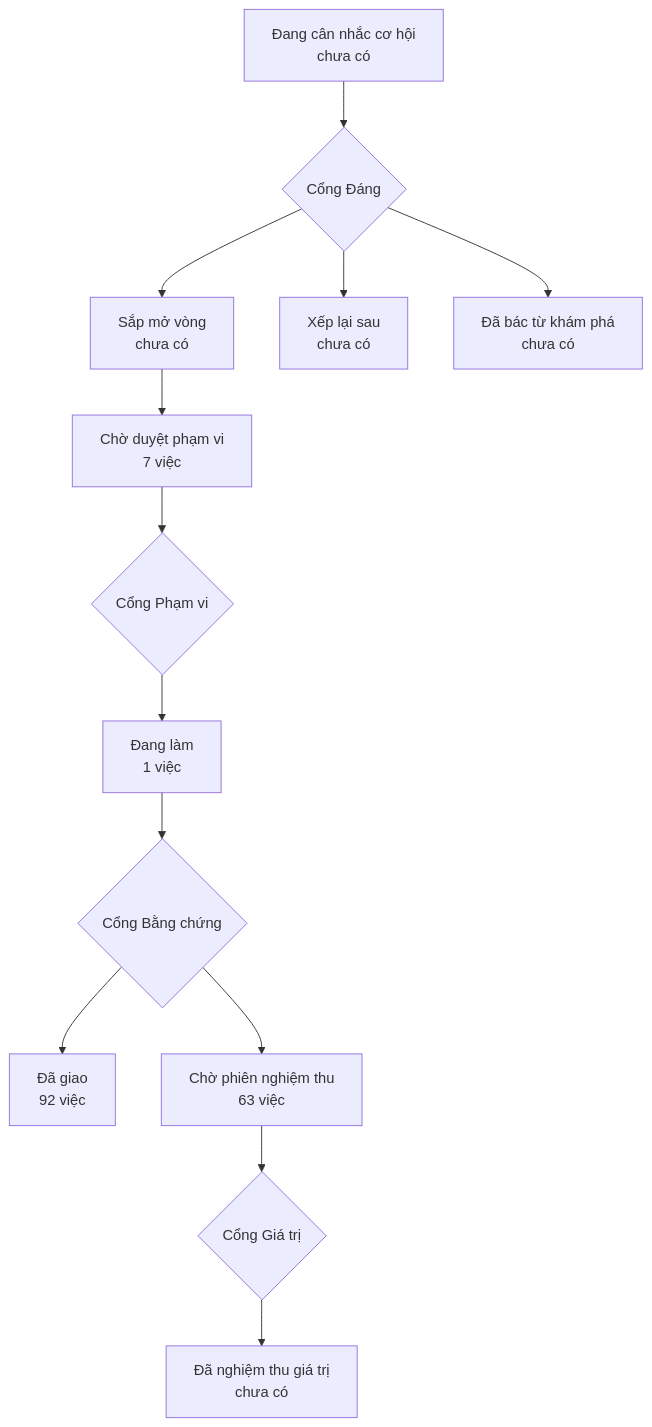
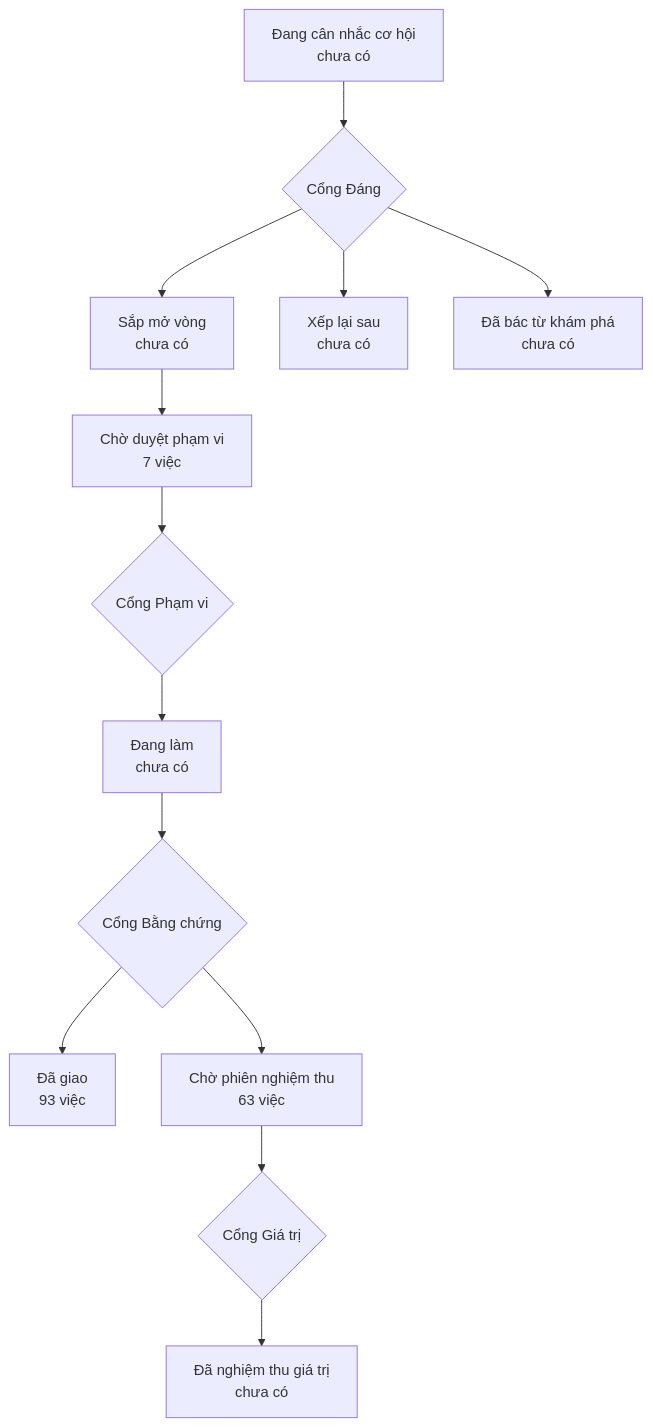
The diagram in PRODUCT-MAP.md (phanlemanh/onehub-invest), drawn with Mermaid before and after one commit. The commit also changed other lines of this file and 6 other files, not shown here.

````diff
--- a/PRODUCT-MAP.md
+++ b/PRODUCT-MAP.md
@@ -7,12 +7,12 @@
 ```mermaid
 flowchart TD
   A["Đang cân nhắc cơ hội<br/>chưa có"] --> GD{"Cổng Đáng"}
   GD --> B["Sắp mở vòng<br/>chưa có"]
   GD --> XL["Xếp lại sau<br/>chưa có"]
   GD --> DB["Đã bác từ khám phá<br/>chưa có"]
   B --> CD["Chờ duyệt phạm vi<br/>7 việc"] --> GP{"Cổng Phạm vi"}
-  GP --> DL["Đang làm<br/>1 việc"] --> GB{"Cổng Bằng chứng"}
-  GB --> DG["Đã giao<br/>92 việc"]
+  GP --> DL["Đang làm<br/>chưa có"] --> GB{"Cổng Bằng chứng"}
+  GB --> DG["Đã giao<br/>93 việc"]
   GB --> CN["Chờ phiên nghiệm thu<br/>63 việc"] --> GG{"Cổng Giá trị"}
   GG --> NT["Đã nghiệm thu giá trị<br/>chưa có"]
 ```
````
